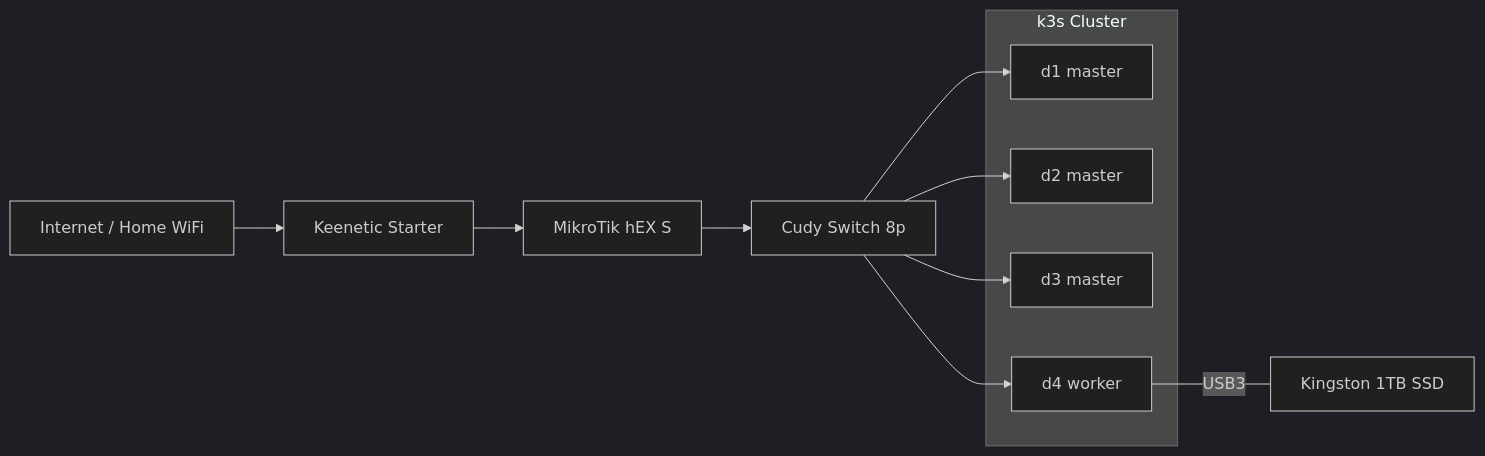
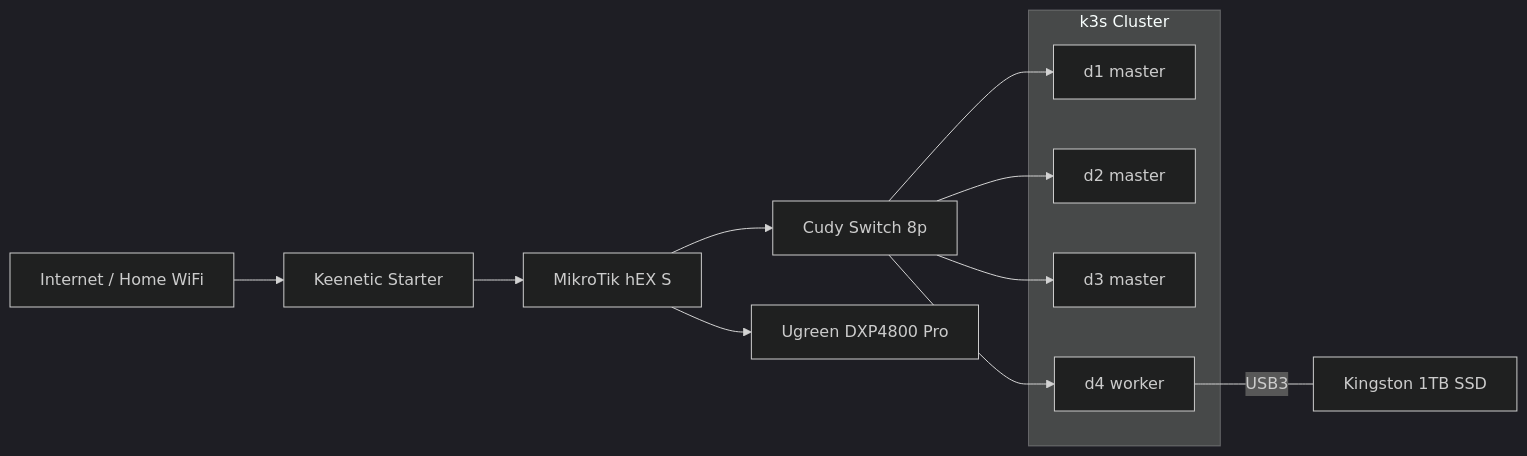
Before and after one commit to PearlFoe/homelab: the diagram in docs/en/v1/README.md, drawn with Mermaid (dark theme). The commit also changed other lines of this file and 10 other files, not shown here.

````diff
--- a/docs/en/v1/README.md
+++ b/docs/en/v1/README.md
@@ -17,17 +17,18 @@
 ```mermaid
 graph LR
     Internet["Internet / Home WiFi"] --> Keenetic["Keenetic Starter"]
     Keenetic --> MikroTik["MikroTik hEX S"]
     MikroTik --> Switch["Cudy Switch 8p"]
+    MikroTik --> NAS["Ugreen DXP4800 Pro"]
     Switch --> D1["d1 master"]
     Switch --> D2["d2 master"]
     Switch --> D3["d3 master"]
     Switch --> D4["d4 worker"]
     D4 ---|USB3| SSD["Kingston 1TB SSD"]
     subgraph k3sCluster ["k3s Cluster"]
         D1
         D2
         D3
         D4
     end
 ```
````
